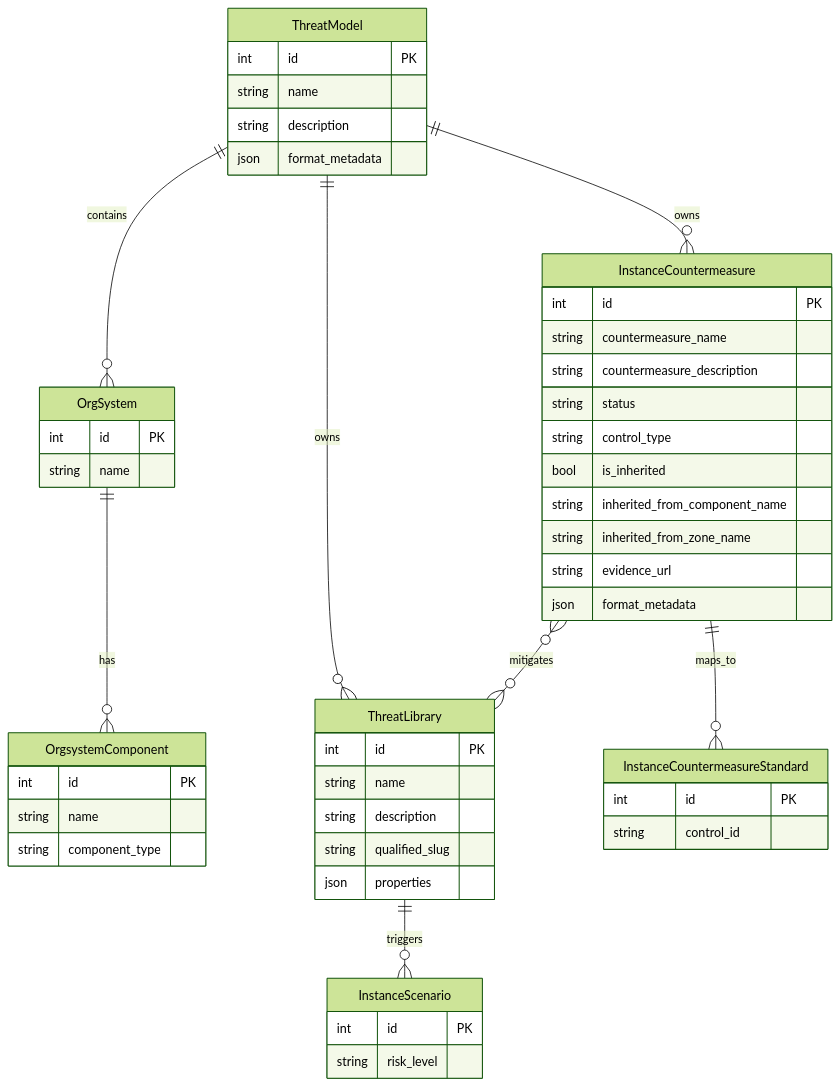
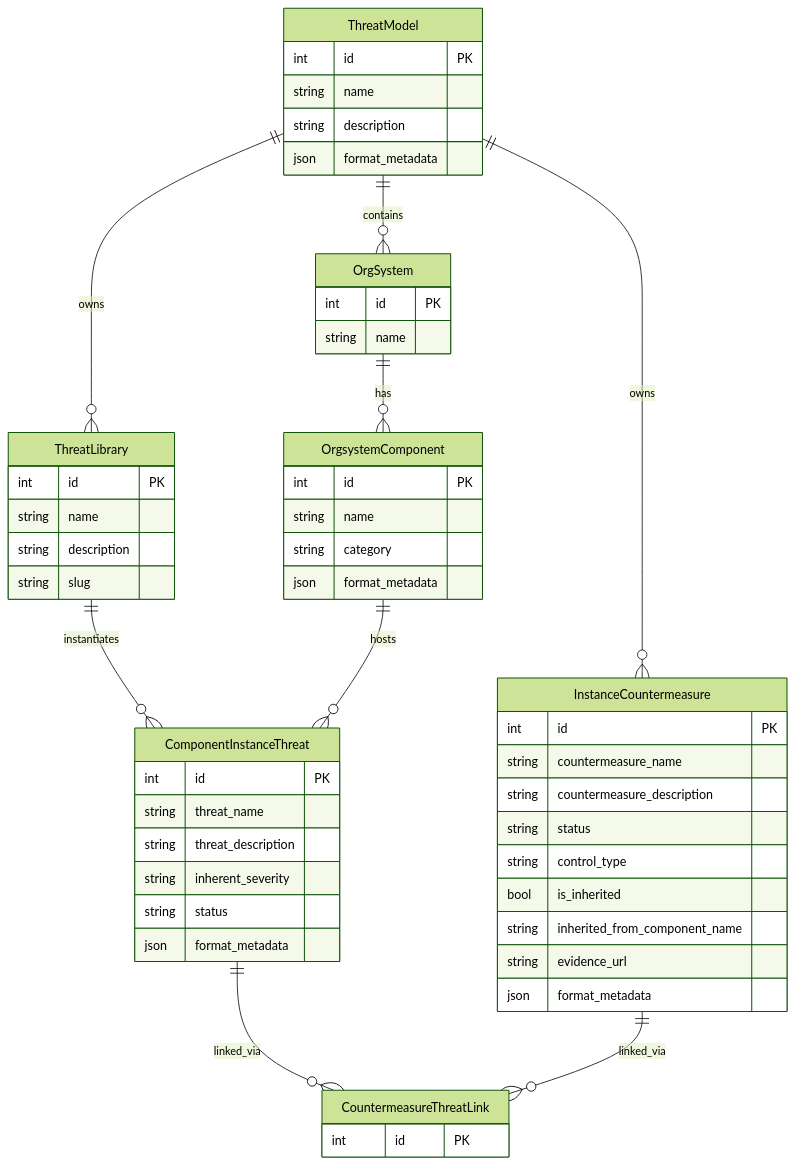
Before and after one commit to GSA-TTS/precogly-federal-toolkit: the fourth of 7 diagrams in docs/pipeline-diagrams.md, drawn with Mermaid (forest theme). The commit also changed other lines of this file and 28 other files, not shown here.

````diff
--- a/docs/pipeline-diagrams.md
+++ b/docs/pipeline-diagrams.md
@@ -156,53 +170,56 @@
 ```mermaid
 erDiagram
     ThreatModel {
         int id PK
         string name
         string description
         json format_metadata
     }
     OrgSystem {
         int id PK
         string name
     }
     OrgsystemComponent {
         int id PK
         string name
-        string component_type
+        string category
+        json format_metadata
     }
     ThreatLibrary {
         int id PK
         string name
         string description
-        string qualified_slug
-        json properties
+        string slug
     }
-    InstanceScenario {
+    ComponentInstanceThreat {
         int id PK
-        string risk_level
+        string threat_name
+        string threat_description
+        string inherent_severity
+        string status
+        json format_metadata
     }
     InstanceCountermeasure {
         int id PK
         string countermeasure_name
         string countermeasure_description
         string status
         string control_type
         bool is_inherited
         string inherited_from_component_name
-        string inherited_from_zone_name
         string evidence_url
         json format_metadata
     }
-    InstanceCountermeasureStandard {
+    CountermeasureThreatLink {
         int id PK
-        string control_id
     }
 
     ThreatModel ||--o{ OrgSystem : contains
     OrgSystem ||--o{ OrgsystemComponent : has
     ThreatModel ||--o{ ThreatLibrary : owns
     ThreatModel ||--o{ InstanceCountermeasure : owns
-    ThreatLibrary ||--o{ InstanceScenario : triggers
-    InstanceCountermeasure }o--o{ ThreatLibrary : mitigates
-    InstanceCountermeasure ||--o{ InstanceCountermeasureStandard : maps_to
+    ThreatLibrary ||--o{ ComponentInstanceThreat : instantiates
+    OrgsystemComponent ||--o{ ComponentInstanceThreat : hosts
+    ComponentInstanceThreat ||--o{ CountermeasureThreatLink : linked_via
+    InstanceCountermeasure ||--o{ CountermeasureThreatLink : linked_via
 ```
````
